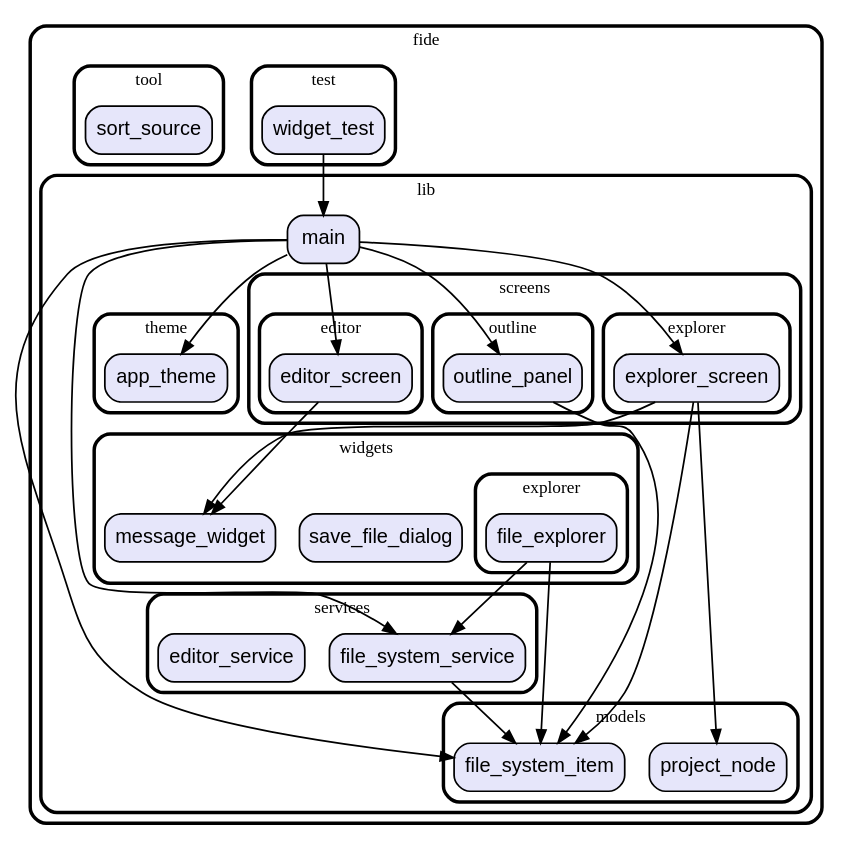
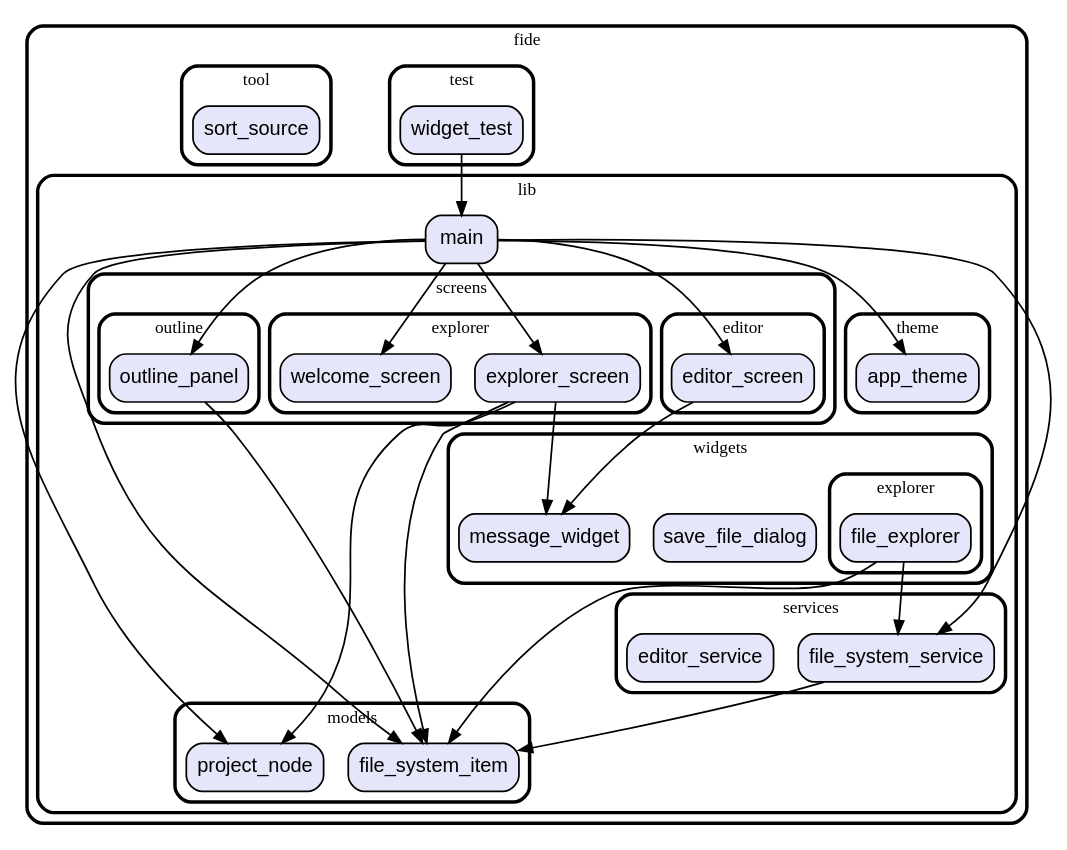
The diagram in graph.dot (vteam-com/FIDE), drawn with Graphviz before and after one commit. The commit also changed 16 other files, not shown here.

Commit message:
welcome screen

```diff
--- a/graph.dot
+++ b/graph.dot
@@ -1,87 +1,91 @@
 digraph "" {
   graph [style=rounded fontname="Arial Black" fontsize=13 penwidth=2.6];
   node [shape=rect style="filled,rounded" fontname=Arial fontsize=15 fillcolor=Lavender penwidth=1.3];
   edge [penwidth=1.3];
   "/test/widget_test.dart" [label="widget_test"];
   "/lib/models/project_node.dart" [label="project_node"];
   "/lib/models/file_system_item.dart" [label="file_system_item"];
   "/lib/screens/explorer/explorer_screen.dart" [label="explorer_screen"];
+  "/lib/screens/explorer/welcome_screen.dart" [label="welcome_screen"];
   "/lib/screens/outline/outline_panel.dart" [label="outline_panel"];
   "/lib/screens/editor/editor_screen.dart" [label="editor_screen"];
   "/lib/main.dart" [label="main"];
   "/lib/theme/app_theme.dart" [label="app_theme"];
   "/lib/services/file_system_service.dart" [label="file_system_service"];
   "/lib/services/editor_service.dart" [label="editor_service"];
   "/lib/widgets/save_file_dialog.dart" [label="save_file_dialog"];
   "/lib/widgets/explorer/file_explorer.dart" [label="file_explorer"];
   "/lib/widgets/message_widget.dart" [label="message_widget"];
   "/tool/sort_source.dart" [label="sort_source"];
   subgraph "cluster~" {
     label="fide";
     subgraph "cluster~/test" {
       label="test";
       "/test/widget_test.dart";
     }
     subgraph "cluster~/lib" {
       label="lib";
       "/lib/main.dart";
       subgraph "cluster~/lib/models" {
         label="models";
         "/lib/models/project_node.dart";
         "/lib/models/file_system_item.dart";
       }
       subgraph "cluster~/lib/screens" {
         label="screens";
         subgraph "cluster~/lib/screens/explorer" {
           label="explorer";
           "/lib/screens/explorer/explorer_screen.dart";
+          "/lib/screens/explorer/welcome_screen.dart";
         }
         subgraph "cluster~/lib/screens/outline" {
           label="outline";
           "/lib/screens/outline/outline_panel.dart";
         }
         subgraph "cluster~/lib/screens/editor" {
           label="editor";
           "/lib/screens/editor/editor_screen.dart";
         }
       }
       subgraph "cluster~/lib/theme" {
         label="theme";
         "/lib/theme/app_theme.dart";
       }
       subgraph "cluster~/lib/services" {
         label="services";
         "/lib/services/file_system_service.dart";
         "/lib/services/editor_service.dart";
       }
       subgraph "cluster~/lib/widgets" {
         label="widgets";
         "/lib/widgets/save_file_dialog.dart";
         "/lib/widgets/message_widget.dart";
         subgraph "cluster~/lib/widgets/explorer" {
           label="explorer";
           "/lib/widgets/explorer/file_explorer.dart";
         }
       }
     }
     subgraph "cluster~/tool" {
       label="tool";
       "/tool/sort_source.dart";
     }
   }
   "/test/widget_test.dart" -> "/lib/main.dart";
   "/lib/screens/explorer/explorer_screen.dart" -> "/lib/models/project_node.dart";
   "/lib/screens/explorer/explorer_screen.dart" -> "/lib/models/file_system_item.dart";
   "/lib/screens/explorer/explorer_screen.dart" -> "/lib/widgets/message_widget.dart";
   "/lib/screens/outline/outline_panel.dart" -> "/lib/models/file_system_item.dart";
   "/lib/screens/editor/editor_screen.dart" -> "/lib/widgets/message_widget.dart";
   "/lib/main.dart" -> "/lib/screens/explorer/explorer_screen.dart";
+  "/lib/main.dart" -> "/lib/screens/explorer/welcome_screen.dart";
   "/lib/main.dart" -> "/lib/screens/editor/editor_screen.dart";
   "/lib/main.dart" -> "/lib/screens/outline/outline_panel.dart";
   "/lib/main.dart" -> "/lib/services/file_system_service.dart";
   "/lib/main.dart" -> "/lib/theme/app_theme.dart";
   "/lib/main.dart" -> "/lib/models/file_system_item.dart";
+  "/lib/main.dart" -> "/lib/models/project_node.dart";
   "/lib/services/file_system_service.dart" -> "/lib/models/file_system_item.dart";
   "/lib/widgets/explorer/file_explorer.dart" -> "/lib/services/file_system_service.dart";
   "/lib/widgets/explorer/file_explorer.dart" -> "/lib/models/file_system_item.dart";
 }
```
